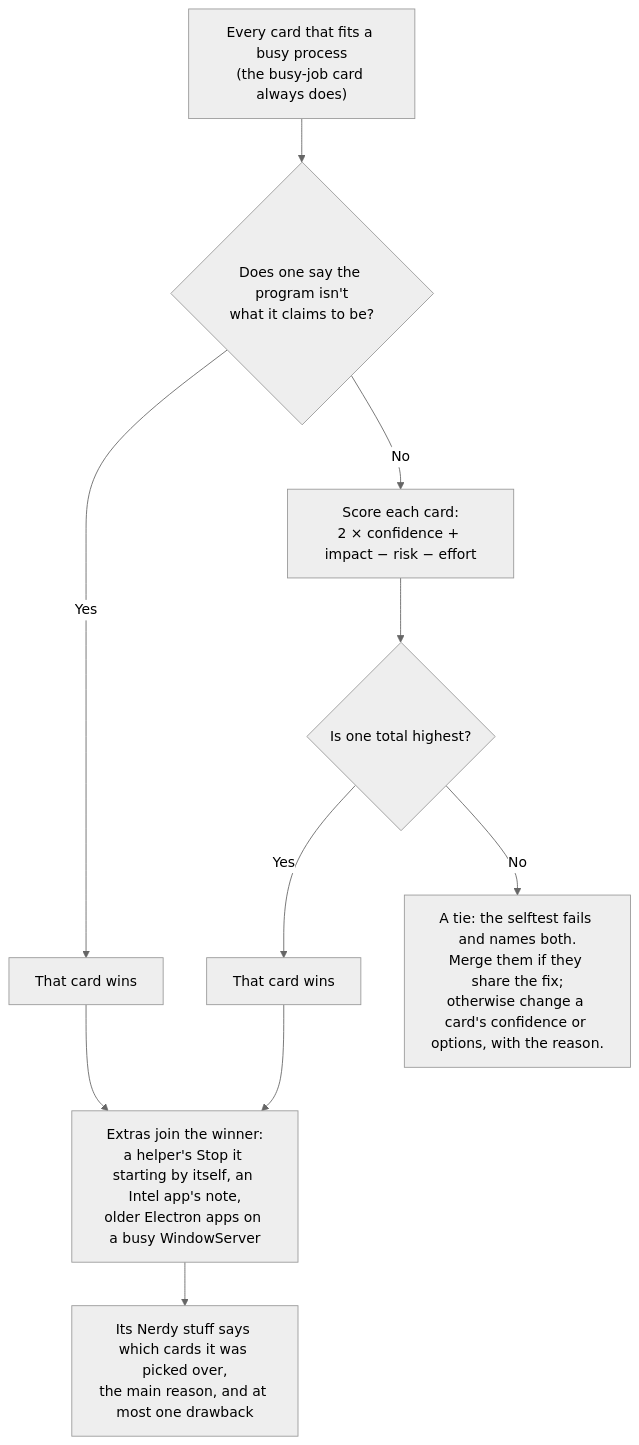
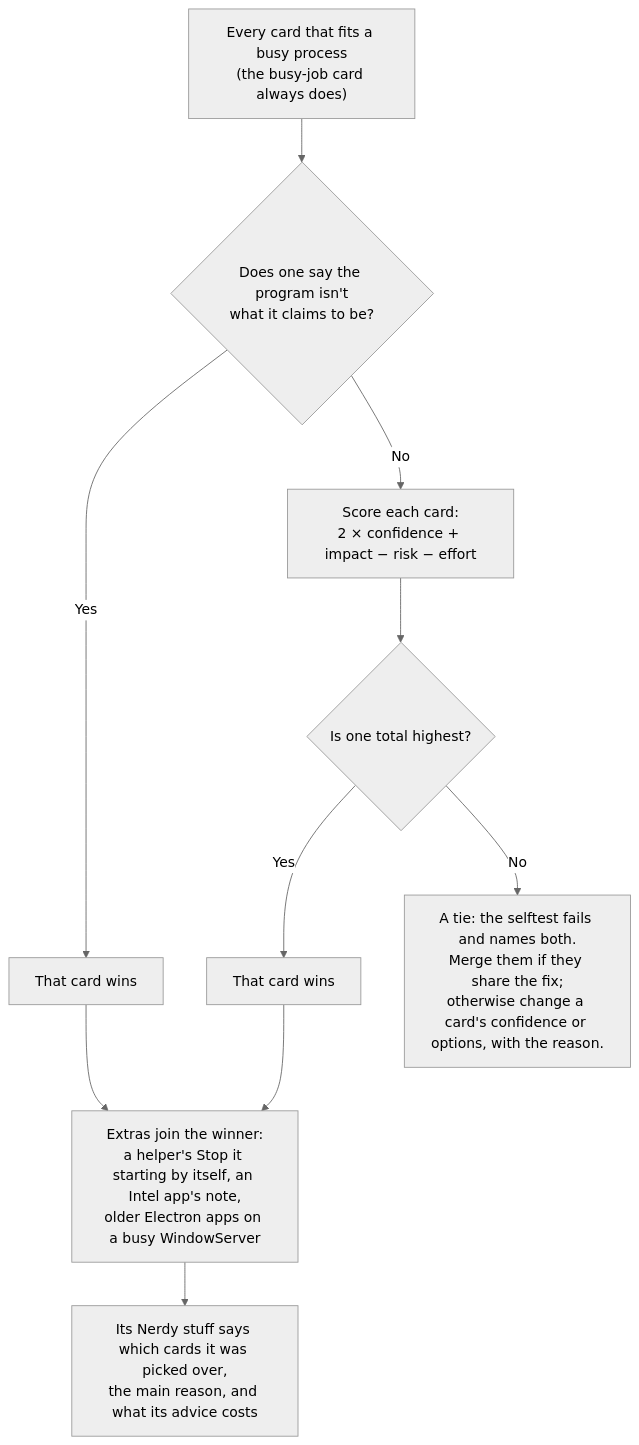
The diagram in docs/DIAGNOSIS.md (ThePhilDiamond/CoolHead), drawn with Mermaid (neutral theme) before and after one commit. The commit also changed other lines of this file and 6 other files, not shown here.

First line of the commit message:
Explain what a card's advice costs, from the option's own words; review every pattern

````diff
--- a/docs/DIAGNOSIS.md
+++ b/docs/DIAGNOSIS.md
@@ -72,11 +72,11 @@
 ```mermaid
 flowchart TD
     start["Every card that fits a busy process<br/>(the busy-job card always does)"] --> identity
     identity{"Does one say the program isn't<br/>what it claims to be?"} -- Yes --> identityWins["That card wins"]
     identity -- No --> score["Score each card:<br/>2 × confidence + impact − risk − effort"]
     score --> top{"Is one total highest?"}
     top -- Yes --> topWins["That card wins"]
     top -- No --> tie["A tie: the selftest fails and names both.<br/>Merge them if they share the fix;<br/>otherwise change a card's confidence or options, with the reason."]
     identityWins & topWins --> extras["Extras join the winner:<br/>a helper's Stop it starting by itself, an Intel app's note,<br/>older Electron apps on a busy WindowServer"]
-    extras --> why["Its Nerdy stuff says which cards it was picked over,<br/>the main reason, and at most one drawback"]
+    extras --> why["Its Nerdy stuff says which cards it was picked over,<br/>the main reason, and what its advice costs"]
 ```
````
